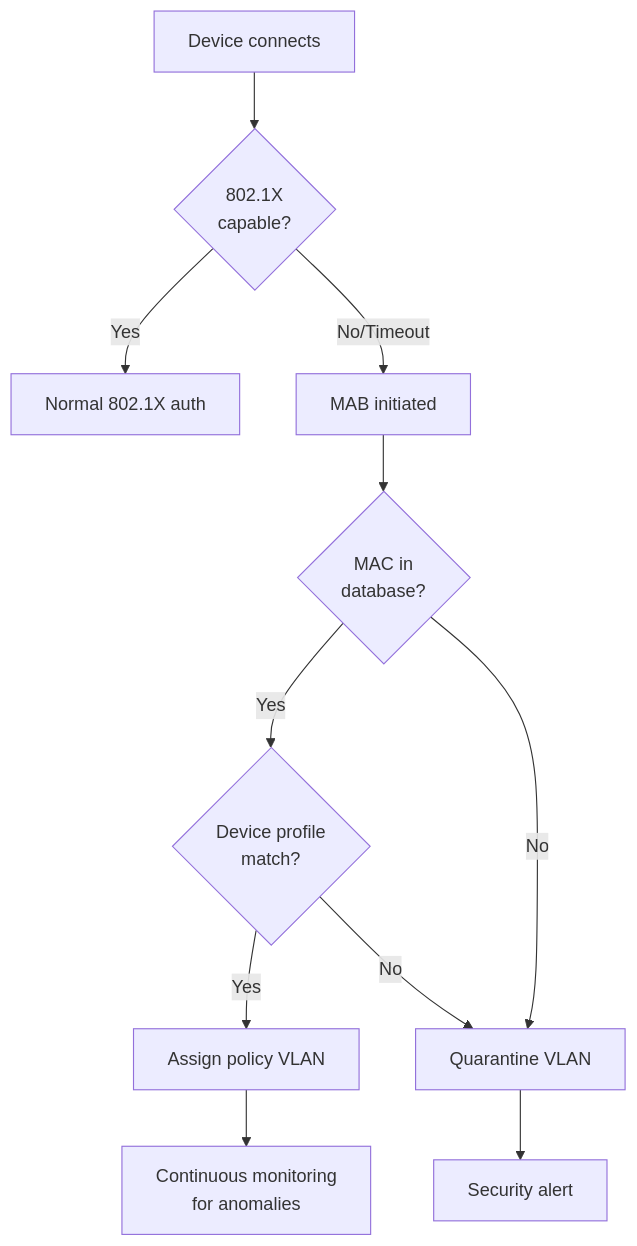
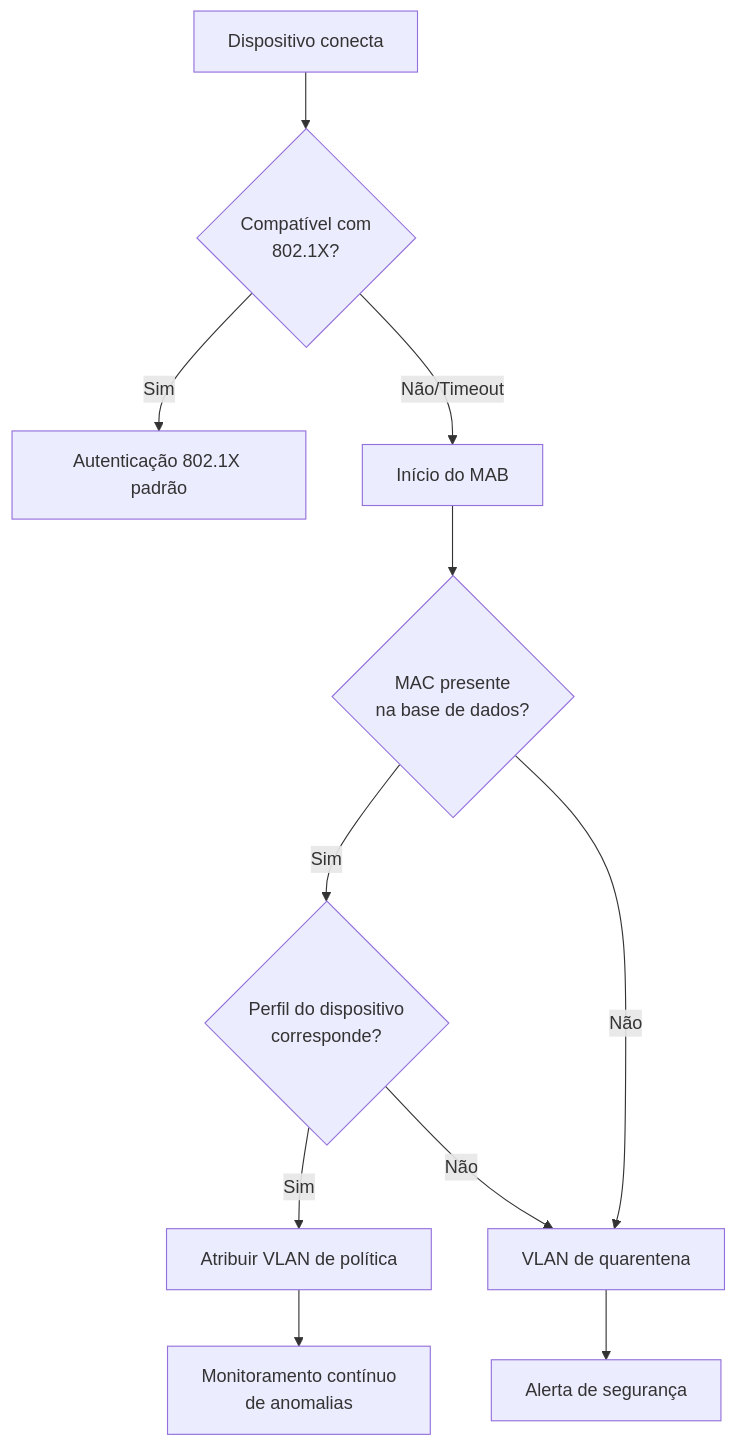
Before and after one commit to andreirapuru/Diagramas-Dot1x: the sixth of 14 diagrams in README.md, drawn with Mermaid. The commit also changed other lines of this file, not shown here.

````diff
--- a/README.md
+++ b/README.md
@@ -125,16 +177,17 @@
 ```mermaid
 flowchart TD
-    DEVICE[Device connects] --> DOT1X{802.1X<br/>capable?}
-    DOT1X -->|Yes| AUTH[Normal 802.1X auth]
-    DOT1X -->|No/Timeout| MAB_START[MAB initiated]
+    DEVICE[Dispositivo conecta] --> DOT1X{Compatível com<br/>802.1X?}
 
-    MAB_START --> MAC_CHECK{MAC in<br/>database?}
-    MAC_CHECK -->|Yes| PROFILE{Device profile<br/>match?}
-    MAC_CHECK -->|No| QUARANTINE[Quarantine VLAN]
+    DOT1X -->|Sim| AUTH[Autenticação 802.1X padrão]
+    DOT1X -->|Não/Timeout| MAB_START[Início do MAB]
 
-    PROFILE -->|Yes| ASSIGN[Assign policy VLAN]
-    PROFILE -->|No| QUARANTINE
+    MAB_START --> MAC_CHECK{MAC presente<br/>na base de dados?}
+    MAC_CHECK -->|Sim| PROFILE{Perfil do dispositivo<br/>corresponde?}
+    MAC_CHECK -->|Não| QUARANTINE[VLAN de quarentena]
 
-    ASSIGN --> MONITOR[Continuous monitoring<br/>for anomalies]
-    QUARANTINE --> ALERT[Security alert]
+    PROFILE -->|Sim| ASSIGN[Atribuir VLAN de política]
+    PROFILE -->|Não| QUARANTINE
+
+    ASSIGN --> MONITOR[Monitoramento contínuo<br/>de anomalias]
+    QUARANTINE --> ALERT[Alerta de segurança]
 ```
````
